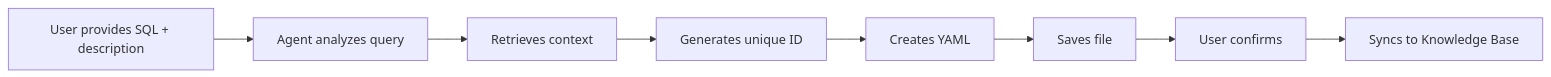
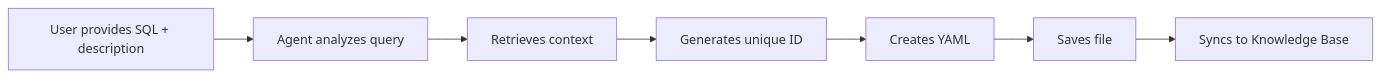
One commit to Datus-ai/Datus-agent changed the first of 8 diagrams in docs/subagent/builtin_subagents.md. Above: the diagram before and after it, drawn with Mermaid. The commit also changed other lines of this file and 11 other files, not shown here.

````diff
--- a/docs/subagent/builtin_subagents.md
+++ b/docs/subagent/builtin_subagents.md
@@ -116,10 +116,9 @@
 ```mermaid
 graph LR
     A[User provides SQL + description] --> B[Agent analyzes query]
     B --> C[Retrieves context]
     C --> D[Generates unique ID]
     D --> E[Creates YAML]
     E --> F[Saves file]
-    F --> G[User confirms]
-    G --> H[Syncs to Knowledge Base]
+    F --> G[Syncs to Knowledge Base]
 ```
````
